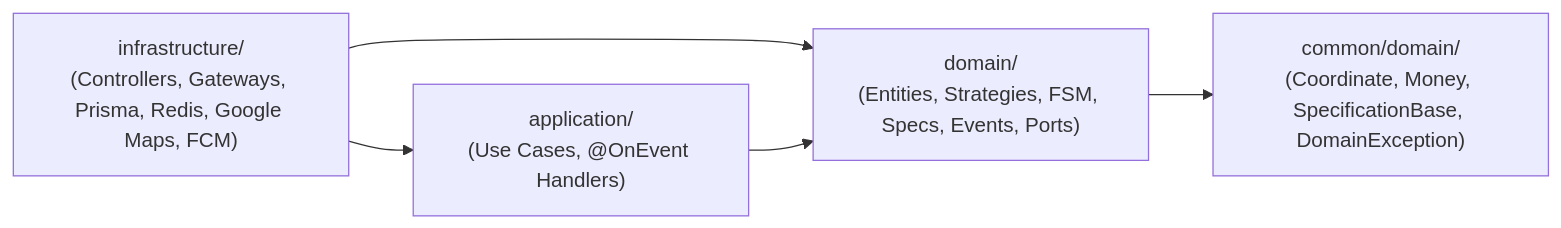
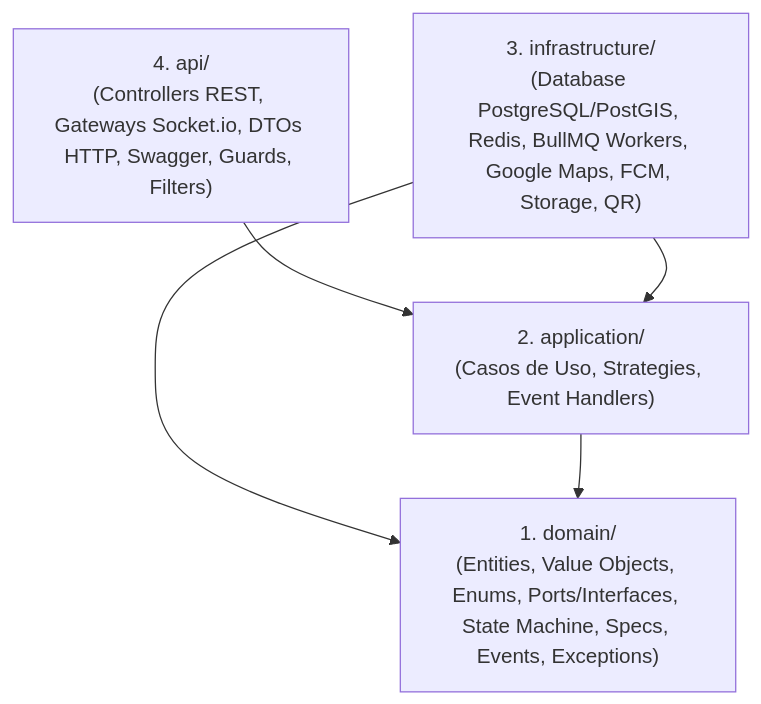
One commit to Victor30700/AppTaxi changed the diagram in backend/ARCHITECTURE.md. Above: the diagram before and after it, drawn with Mermaid. The commit also changed other lines of this file and 70 other files, not shown here.

Commit message:
feat: initialize NestJS 11 backend with clean hexagonal architecture and Supabase integration

````diff
--- a/backend/ARCHITECTURE.md
+++ b/backend/ARCHITECTURE.md
@@ -20,12 +11,12 @@
 ```mermaid
-flowchart LR
-    INFRA["infrastructure/\n(Controllers, Gateways, Prisma, Redis, Google Maps, FCM)"]
-    APP["application/\n(Use Cases, @OnEvent Handlers)"]
-    DOM["domain/\n(Entities, Strategies, FSM, Specs, Events, Ports)"]
-    COMMON["common/domain/\n(Coordinate, Money, SpecificationBase, DomainException)"]
+flowchart TB
+    API["4. api/\n(Controllers REST, Gateways Socket.io, DTOs HTTP, Swagger, Guards, Filters)"]
+    APP["2. application/\n(Casos de Uso, Strategies, Event Handlers)"]
+    INFRA["3. infrastructure/\n(Database PostgreSQL/PostGIS, Redis, BullMQ Workers, Google Maps, FCM, Storage, QR)"]
+    DOM["1. domain/\n(Entities, Value Objects, Enums, Ports/Interfaces, State Machine, Specs, Events, Exceptions)"]
 
+    API --> APP
+    INFRA --> DOM
     INFRA --> APP
-    INFRA --> DOM
     APP --> DOM
-    DOM --> COMMON
 ```
````
